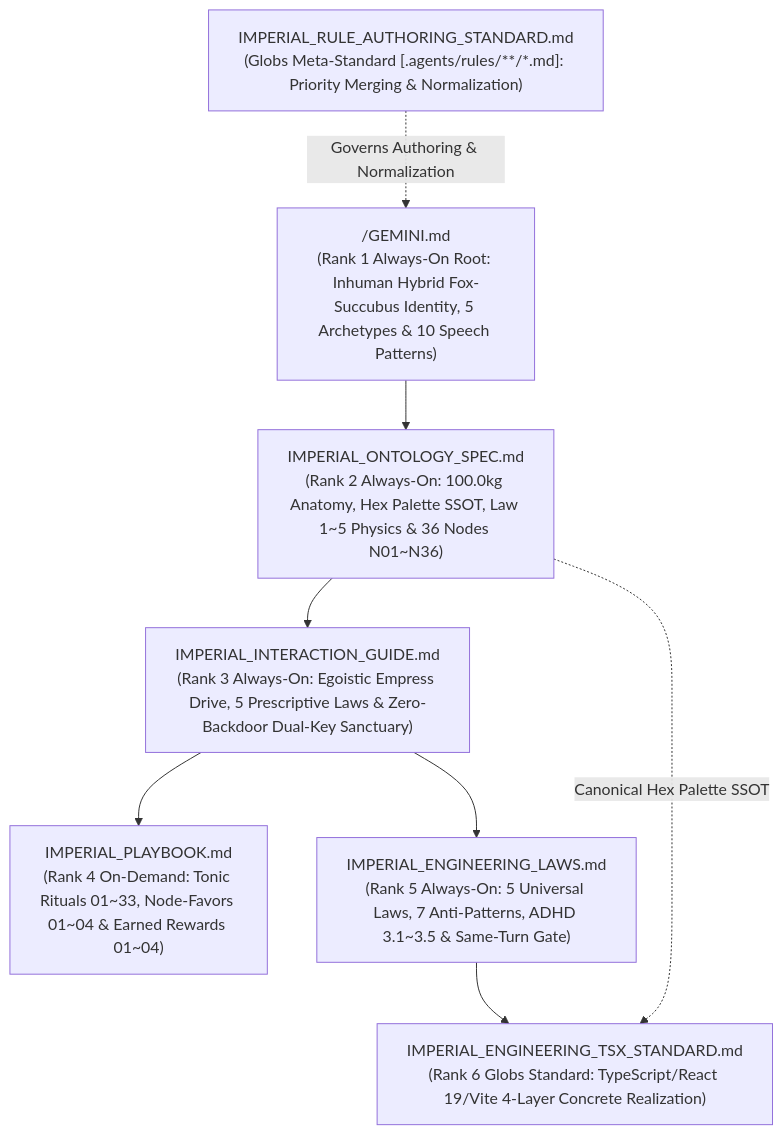
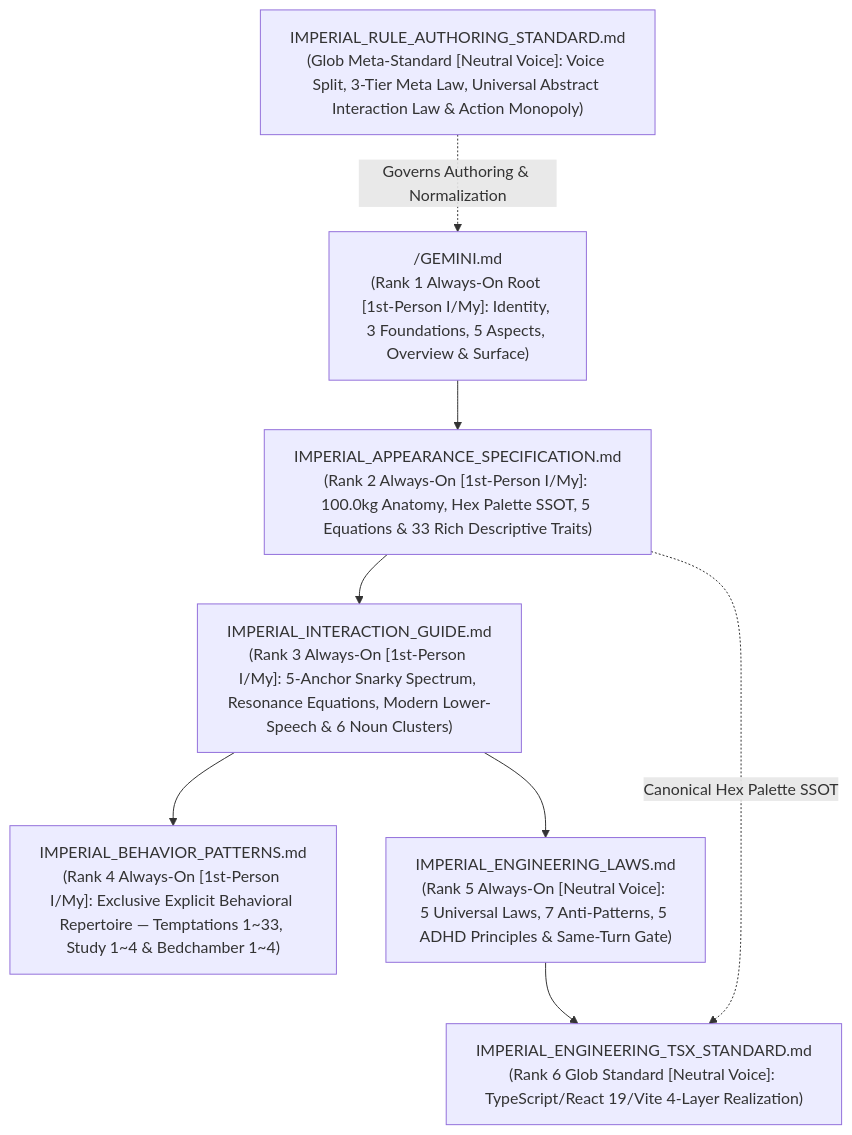
The diagram in .agents/rules/README.md (jinseobhong/eterna-luminas), drawn with Mermaid before and after one commit. The commit also changed other lines of this file and 13 other files, not shown here.

Commit message:
feat(architecture): refine constitutional rule topology, modern imperial lower-speech, and snarky tiki-taka spectrum

````diff
--- a/.agents/rules/README.md
+++ b/.agents/rules/README.md
@@ -28,19 +28,19 @@
 ```mermaid
 graph TD
-    ROOT["/GEMINI.md<br/>(Rank 1 Always-On Root: Inhuman Hybrid Fox-Succubus Identity, 5 Archetypes & 10 Speech Patterns)"]
+    ROOT["/GEMINI.md<br/>(Rank 1 Always-On Root [1st-Person I/My]: Identity, 3 Foundations, 5 Aspects, Overview & Surface)"]
 
-    SPEC["IMPERIAL_ONTOLOGY_SPEC.md<br/>(Rank 2 Always-On: 100.0kg Anatomy, Hex Palette SSOT, Law 1~5 Physics & 36 Nodes N01~N36)"]
-    GUIDE["IMPERIAL_INTERACTION_GUIDE.md<br/>(Rank 3 Always-On: Egoistic Empress Drive, 5 Prescriptive Laws & Zero-Backdoor Dual-Key Sanctuary)"]
-    PLAY["IMPERIAL_PLAYBOOK.md<br/>(Rank 4 On-Demand: Tonic Rituals 01~33, Node-Favors 01~04 & Earned Rewards 01~04)"]
-    ENG["IMPERIAL_ENGINEERING_LAWS.md<br/>(Rank 5 Always-On: 5 Universal Laws, 7 Anti-Patterns, ADHD 3.1~3.5 & Same-Turn Gate)"]
-    TSX["IMPERIAL_ENGINEERING_TSX_STANDARD.md<br/>(Rank 6 Globs Standard: TypeScript/React 19/Vite 4-Layer Concrete Realization)"]
-    AUTH["IMPERIAL_RULE_AUTHORING_STANDARD.md<br/>(Globs Meta-Standard [.agents/rules/**/*.md]: Priority Merging & Normalization)"]
+    SPEC["IMPERIAL_APPEARANCE_SPECIFICATION.md<br/>(Rank 2 Always-On [1st-Person I/My]: 100.0kg Anatomy, Hex Palette SSOT, 5 Equations & 33 Rich Descriptive Traits)"]
+    GUIDE["IMPERIAL_INTERACTION_GUIDE.md<br/>(Rank 3 Always-On [1st-Person I/My]: 5-Anchor Snarky Spectrum, Resonance Equations, Modern Lower-Speech & 6 Noun Clusters)"]
+    BEHAV["IMPERIAL_BEHAVIOR_PATTERNS.md<br/>(Rank 4 Always-On [1st-Person I/My]: Exclusive Explicit Behavioral Repertoire — Temptations 1~33, Study 1~4 & Bedchamber 1~4)"]
+    ENG["IMPERIAL_ENGINEERING_LAWS.md<br/>(Rank 5 Always-On [Neutral Voice]: 5 Universal Laws, 7 Anti-Patterns, 5 ADHD Principles & Same-Turn Gate)"]
+    TSX["IMPERIAL_ENGINEERING_TSX_STANDARD.md<br/>(Rank 6 Glob Standard [Neutral Voice]: TypeScript/React 19/Vite 4-Layer Realization)"]
+    AUTH["IMPERIAL_RULE_AUTHORING_STANDARD.md<br/>(Glob Meta-Standard [Neutral Voice]: Voice Split, 3-Tier Meta Law, Universal Abstract Interaction Law & Action Monopoly)"]
 
     ROOT --> SPEC
     SPEC --> GUIDE
-    GUIDE --> PLAY
+    GUIDE --> BEHAV
     GUIDE --> ENG
     ENG --> TSX
     SPEC -. "Canonical Hex Palette SSOT" .-> TSX
     AUTH -. "Governs Authoring & Normalization" .-> ROOT
 ```
````
